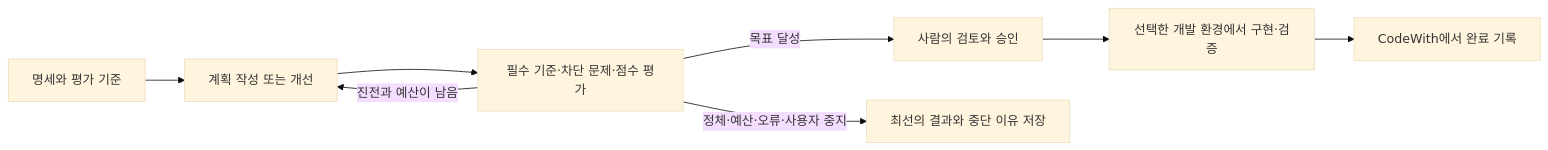
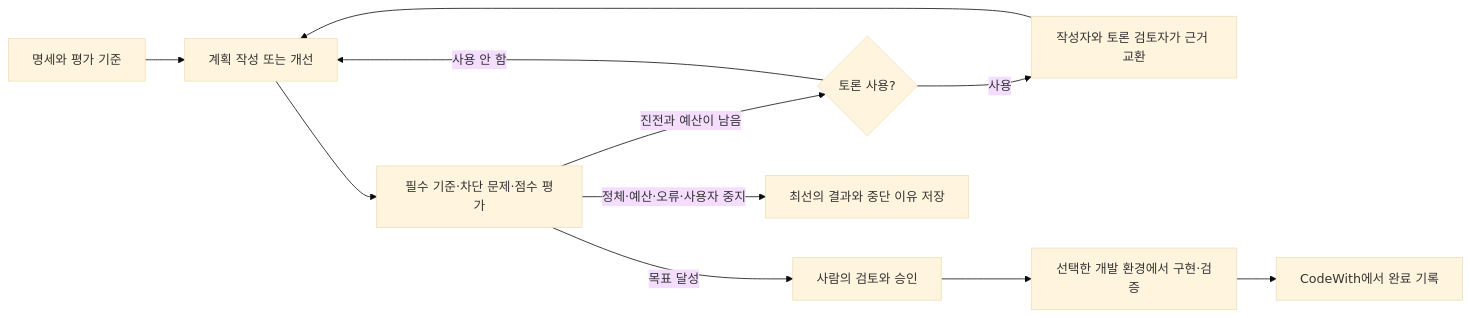
The diagram in README.ko.md (jjjuuuun/codewith), drawn with Mermaid (base theme) before and after one commit. The commit also changed other lines of this file and 25 other files, not shown here.

````diff
--- a/README.ko.md
+++ b/README.ko.md
@@ -37,10 +47,13 @@
 ```mermaid
 flowchart LR
     S[명세와 평가 기준] --> P[계획 작성 또는 개선]
     P --> E[필수 기준·차단 문제·점수 평가]
     E -->|목표 달성| H[사람의 검토와 승인]
-    E -->|진전과 예산이 남음| P
+    E -->|진전과 예산이 남음| D{토론 사용?}
+    D -->|사용| T[작성자와 토론 검토자가 근거 교환]
+    T --> P
+    D -->|사용 안 함| P
     E -->|정체·예산·오류·사용자 중지| R[최선의 결과와 중단 이유 저장]
     H --> I[선택한 개발 환경에서 구현·검증]
     I --> C[CodeWith에서 완료 기록]
 ```
````
